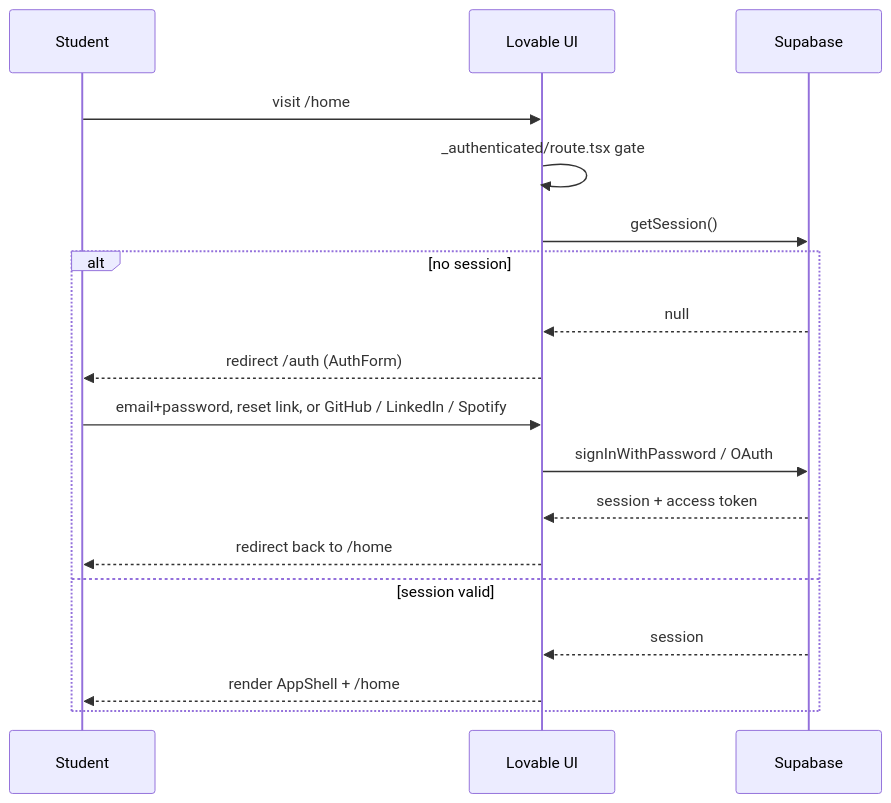
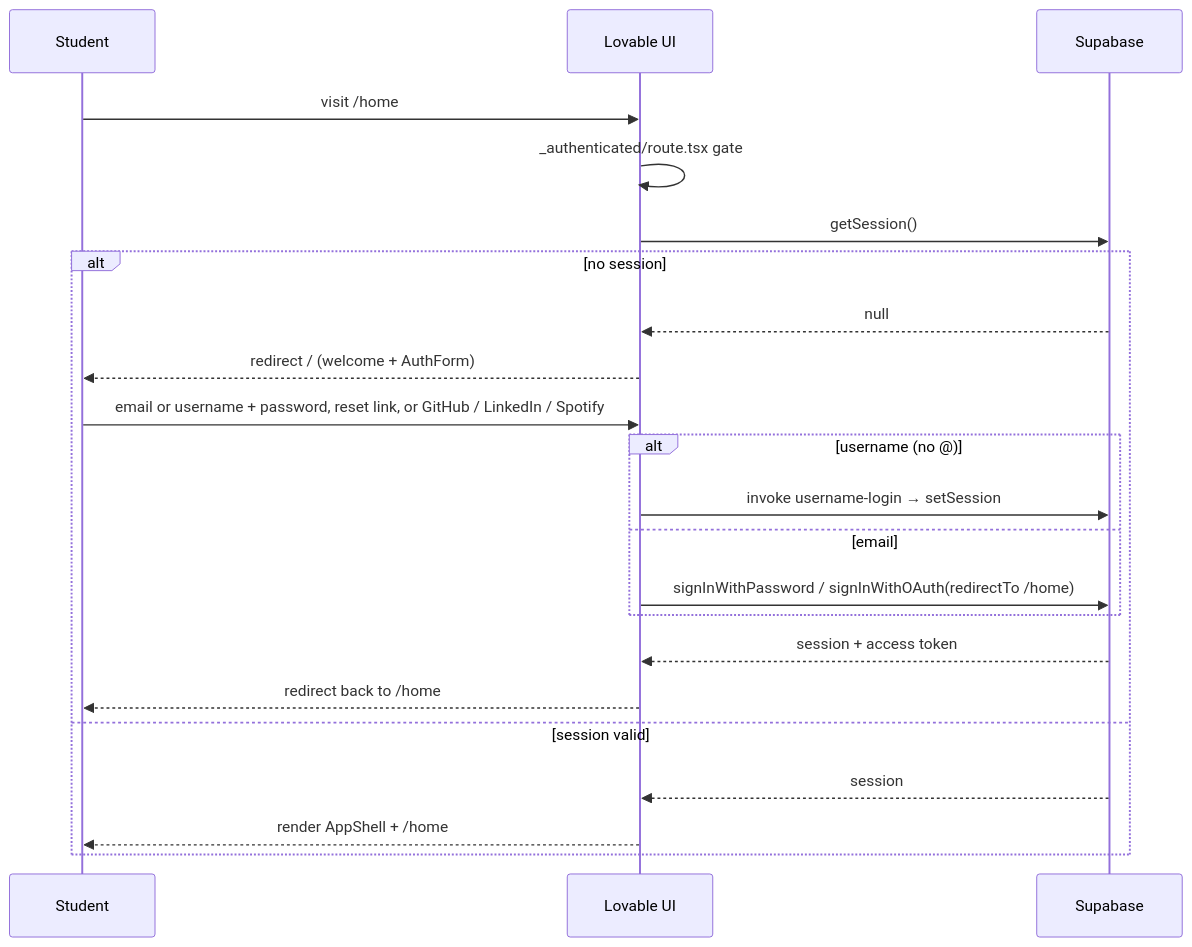
One commit to keyshavmor/study-swiss-star changed the second of 14 diagrams in docs/USER_FLOWS.md. Above: the diagram before and after it, drawn with Mermaid. The commit also changed other lines of this file and 3 other files, not shown here.

````diff
--- a/docs/USER_FLOWS.md
+++ b/docs/USER_FLOWS.md
@@ -34,20 +34,24 @@
 ```mermaid
 sequenceDiagram
     participant Student
     participant UI as Lovable UI
     participant SB as Supabase
     Student->>UI: visit /home
     UI->>UI: _authenticated/route.tsx gate
     UI->>SB: getSession()
     alt no session
         SB-->>UI: null
-        UI-->>Student: redirect /auth (AuthForm)
-        Student->>UI: email+password, reset link, or GitHub / LinkedIn / Spotify
-        UI->>SB: signInWithPassword / OAuth
+        UI-->>Student: redirect / (welcome + AuthForm)
+        Student->>UI: email or username + password, reset link, or GitHub / LinkedIn / Spotify
+        alt username (no @)
+            UI->>SB: invoke username-login → setSession
+        else email
+            UI->>SB: signInWithPassword / signInWithOAuth(redirectTo /home)
+        end
         SB-->>UI: session + access token
         UI-->>Student: redirect back to /home
     else session valid
         SB-->>UI: session
         UI-->>Student: render AppShell + /home
     end
 ```
````
